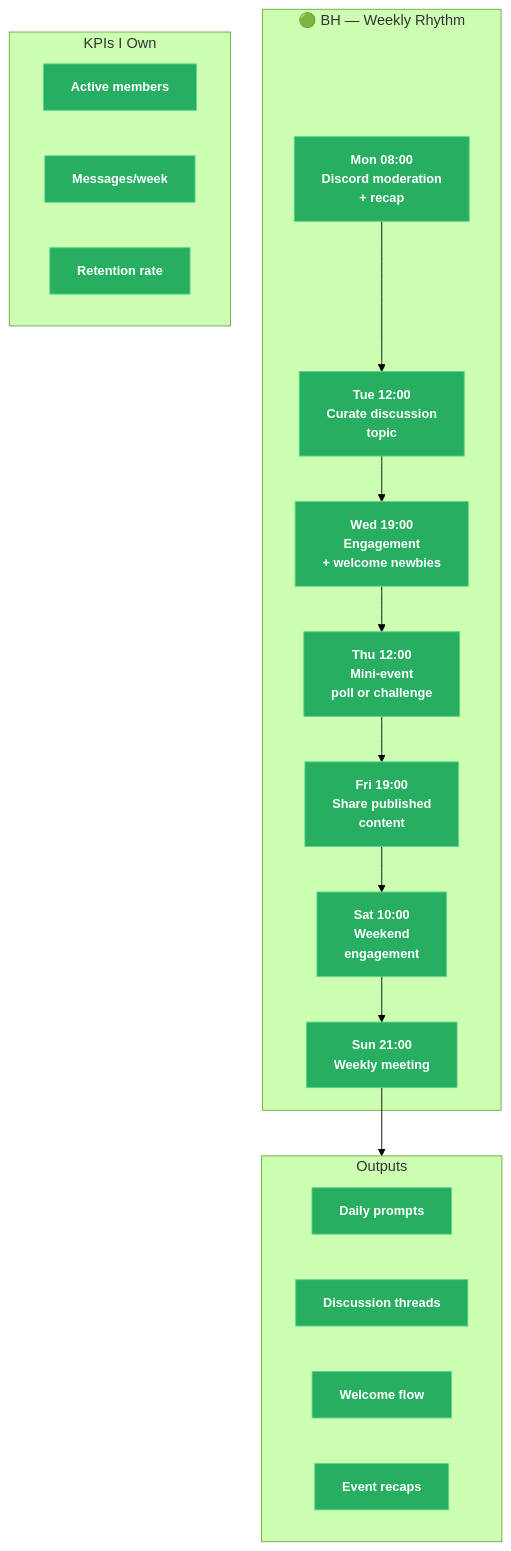
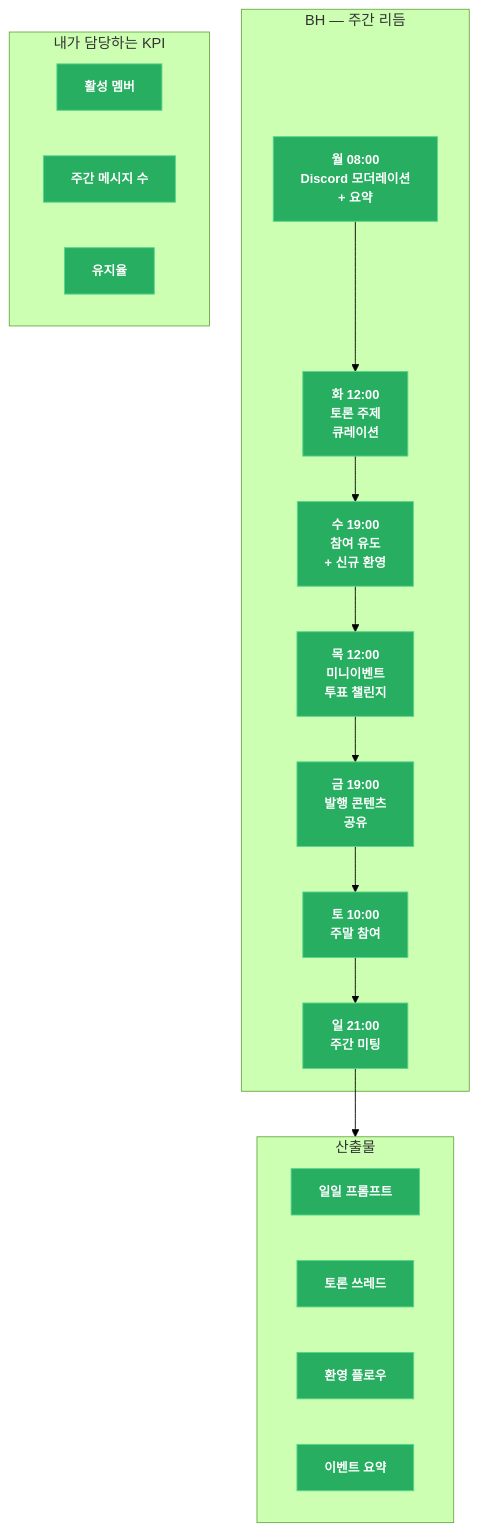
One commit to JeHyeong2/hypeprooflab changed the diagram in products/hypeproof-workflow-diagrams/personal-bh.mmd. Above: the diagram before and after it, drawn with Mermaid (forest theme). The commit also changed 38 other files, not shown here.

First line of the commit message:
diagrams: convert all to Korean + font 18px + QA pass 19/19

```diff
--- a/products/hypeproof-workflow-diagrams/personal-bh.mmd
+++ b/products/hypeproof-workflow-diagrams/personal-bh.mmd
@@ -1,31 +1,31 @@
 flowchart TB
     classDef bh fill:#27ae60,stroke:#58d68d,color:#fff,font-weight:bold,font-size:14px
     classDef dim fill:#30363d,stroke:#484f58,color:#8b949e
 
-    subgraph WEEK["🟢 BH — Weekly Rhythm"]
-        MON["Mon 08:00<br/>Discord moderation<br/>+ recap"]
-        TUE["Tue 12:00<br/>Curate discussion<br/>topic"]
-        WED["Wed 19:00<br/>Engagement<br/>+ welcome newbies"]
-        THU["Thu 12:00<br/>Mini-event<br/>poll or challenge"]
-        FRI["Fri 19:00<br/>Share published<br/>content"]
-        SAT["Sat 10:00<br/>Weekend<br/>engagement"]
-        SUN["Sun 21:00<br/>Weekly meeting"]
+    subgraph WEEK["BH — 주간 리듬"]
+        MON["월 08:00<br/>Discord 모더레이션<br/>+ 요약"]
+        TUE["화 12:00<br/>토론 주제<br/>큐레이션"]
+        WED["수 19:00<br/>참여 유도<br/>+ 신규 환영"]
+        THU["목 12:00<br/>미니이벤트<br/>투표 챌린지"]
+        FRI["금 19:00<br/>발행 콘텐츠<br/>공유"]
+        SAT["토 10:00<br/>주말 참여"]
+        SUN["일 21:00<br/>주간 미팅"]
     end
 
-    subgraph OUT["Outputs"]
-        O1["Daily prompts"]
-        O2["Discussion threads"]
-        O3["Welcome flow"]
-        O4["Event recaps"]
+    subgraph OUT["산출물"]
+        O1["일일 프롬프트"]
+        O2["토론 쓰레드"]
+        O3["환영 플로우"]
+        O4["이벤트 요약"]
     end
 
-    subgraph KPI["KPIs I Own"]
-        K1["Active members"]
-        K2["Messages/week"]
-        K3["Retention rate"]
+    subgraph KPI["내가 담당하는 KPI"]
+        K1["활성 멤버"]
+        K2["주간 메시지 수"]
+        K3["유지율"]
     end
 
     MON --> TUE --> WED --> THU --> FRI --> SAT --> SUN
     SUN --> OUT
 
     class MON,TUE,WED,THU,FRI,SAT,SUN,O1,O2,O3,O4,K1,K2,K3 bh
```
